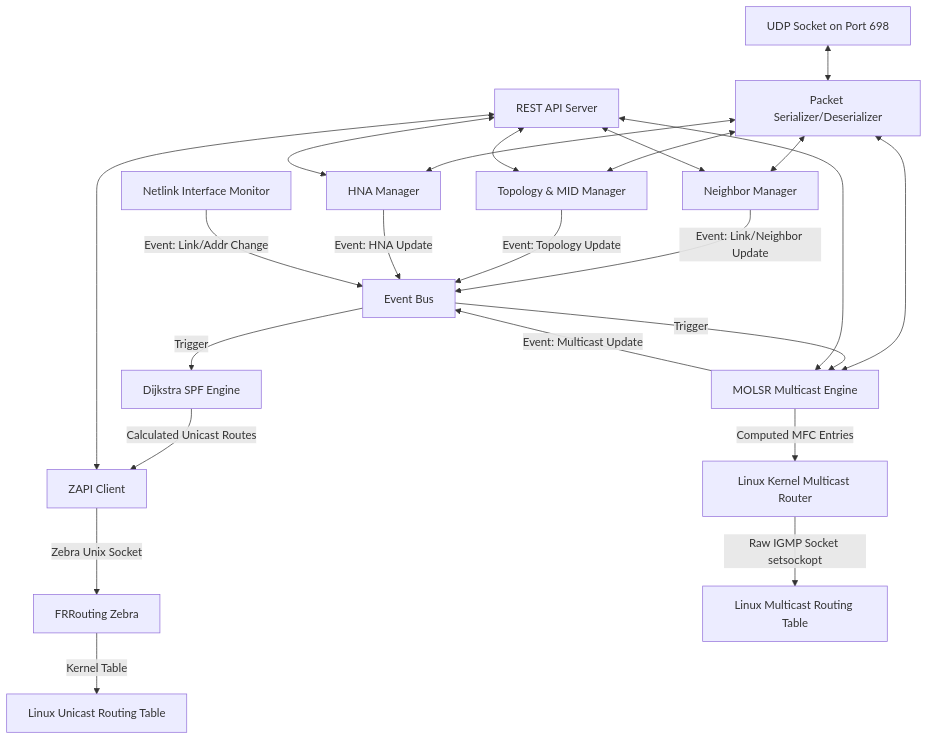
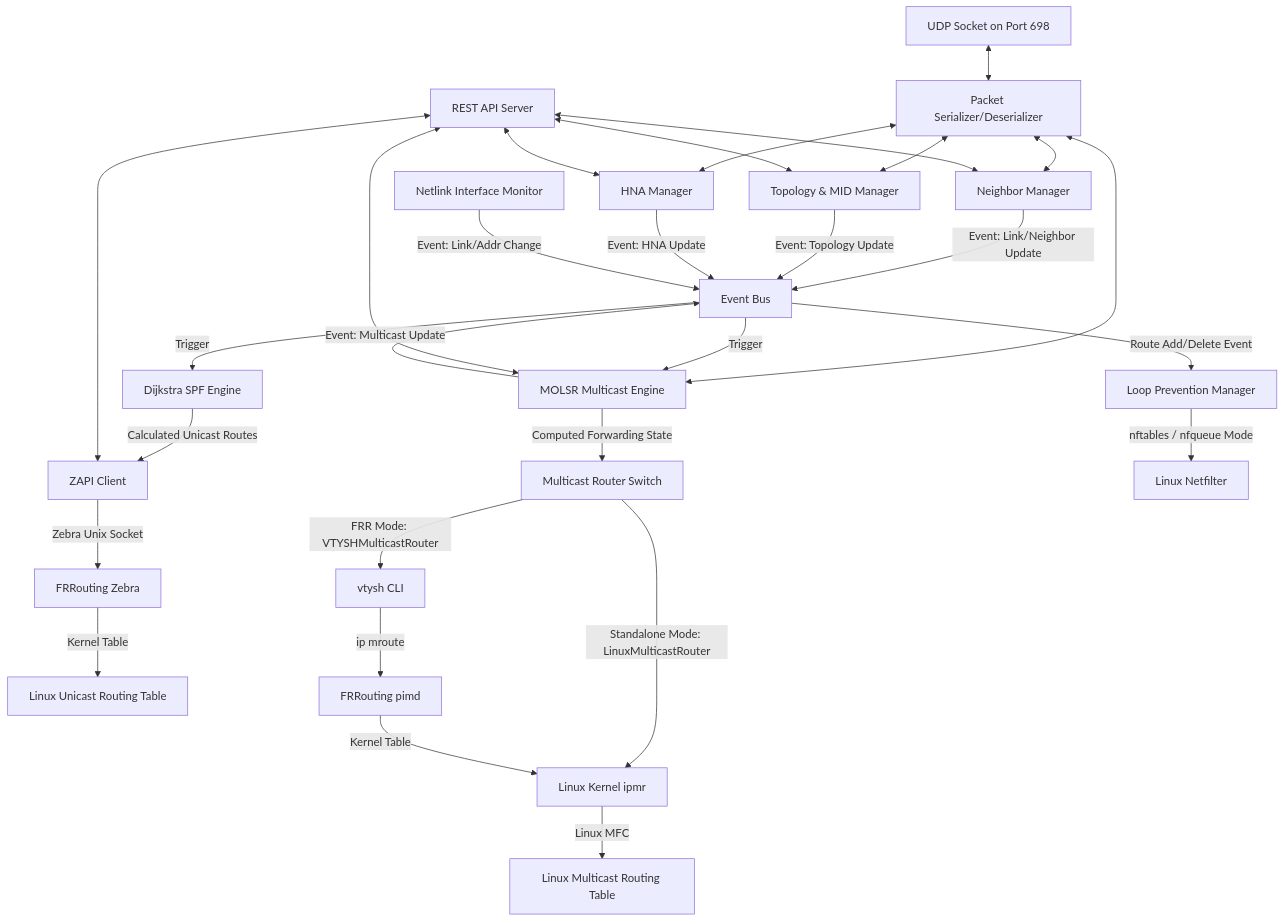
One commit to sh0jitmy/olsr-go changed the diagram in README.md. Above: the diagram before and after it, drawn with Mermaid. The commit also changed other lines of this file and 17 other files, not shown here.

````diff
--- a/README.md
+++ b/README.md
@@ -17,25 +17,32 @@
 ```mermaid
 graph TD
     UDP[UDP Socket on Port 698] <--> PacketSerializer[Packet Serializer/Deserializer]
     PacketSerializer <--> NeighborMgr[Neighbor Manager]
     PacketSerializer <--> TopoMgr[Topology & MID Manager]
     PacketSerializer <--> HNAMgr[HNA Manager]
     PacketSerializer <--> MOLSRMgr[MOLSR Multicast Engine]
 
     NeighborMgr -->|Event: Link/Neighbor Update| EventBus[Event Bus]
     TopoMgr -->|Event: Topology Update| EventBus
     HNAMgr -->|Event: HNA Update| EventBus
     MOLSRMgr -->|Event: Multicast Update| EventBus
 
     EventBus -->|Trigger| SPF[Dijkstra SPF Engine]
     SPF -->|Calculated Unicast Routes| ZAPI[ZAPI Client]
     ZAPI -->|Zebra Unix Socket| FRR[FRRouting Zebra]
     FRR -->|Kernel Table| UnicastRoutes[Linux Unicast Routing Table]
 
     EventBus -->|Trigger| MOLSRMgr
-    MOLSRMgr -->|Computed MFC Entries| KernelMRoute[Linux Kernel Multicast Router]
-    KernelMRoute -->|Raw IGMP Socket setsockopt| MCRoutes[Linux Multicast Routing Table]
+    MOLSRMgr -->|Computed Forwarding State| MRouter[Multicast Router Switch]
+    MRouter -->|Standalone Mode: LinuxMulticastRouter| KernelMRoute[Linux Kernel ipmr]
+    MRouter -->|FRR Mode: VTYSHMulticastRouter| VTYSH[vtysh CLI]
+    VTYSH -->|ip mroute| PIMD[FRRouting pimd]
+    PIMD -->|Kernel Table| KernelMRoute
+    KernelMRoute -->|Linux MFC| MCRoutes[Linux Multicast Routing Table]
+
+    EventBus -->|Route Add/Delete Event| LoopPrev[Loop Prevention Manager]
+    LoopPrev -->|nftables / nfqueue Mode| Netfilter[Linux Netfilter]
 
     Monitor[Netlink Interface Monitor] -->|Event: Link/Addr Change| EventBus
     APIServer[REST API Server] <--> NeighborMgr & TopoMgr & HNAMgr & MOLSRMgr & ZAPI
 ```
````
